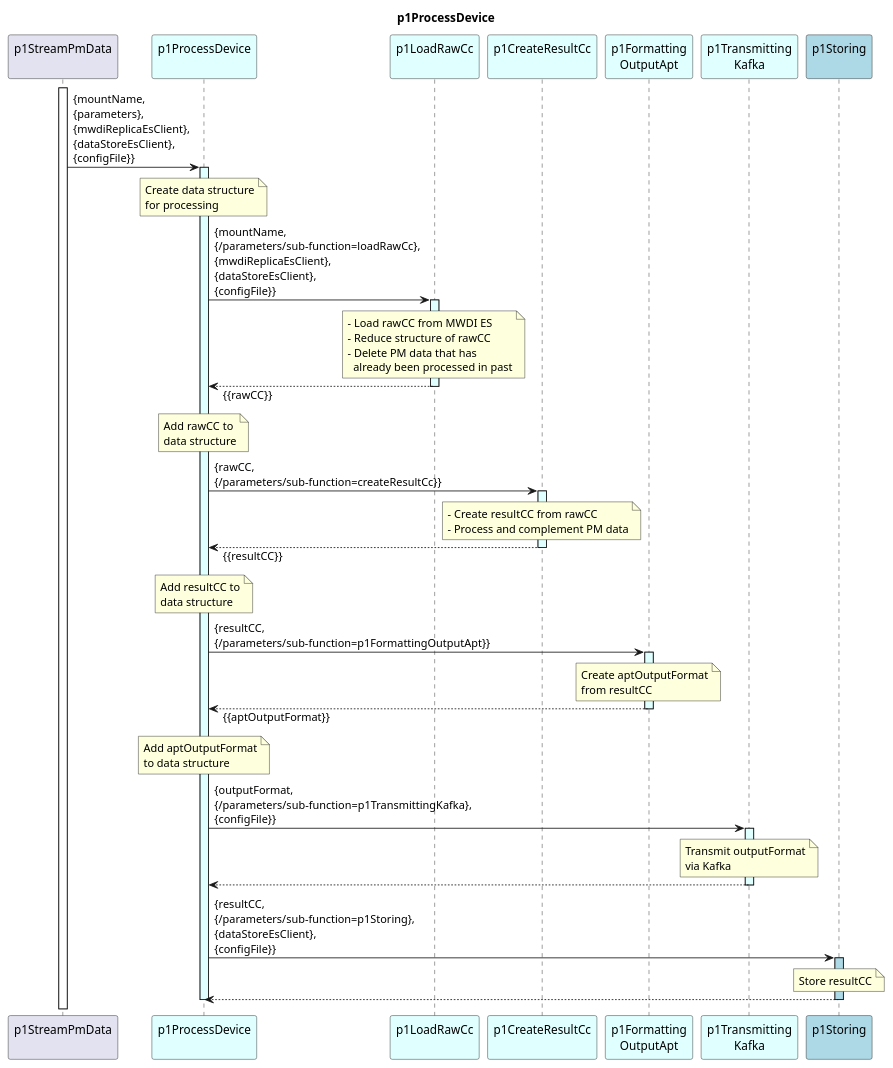
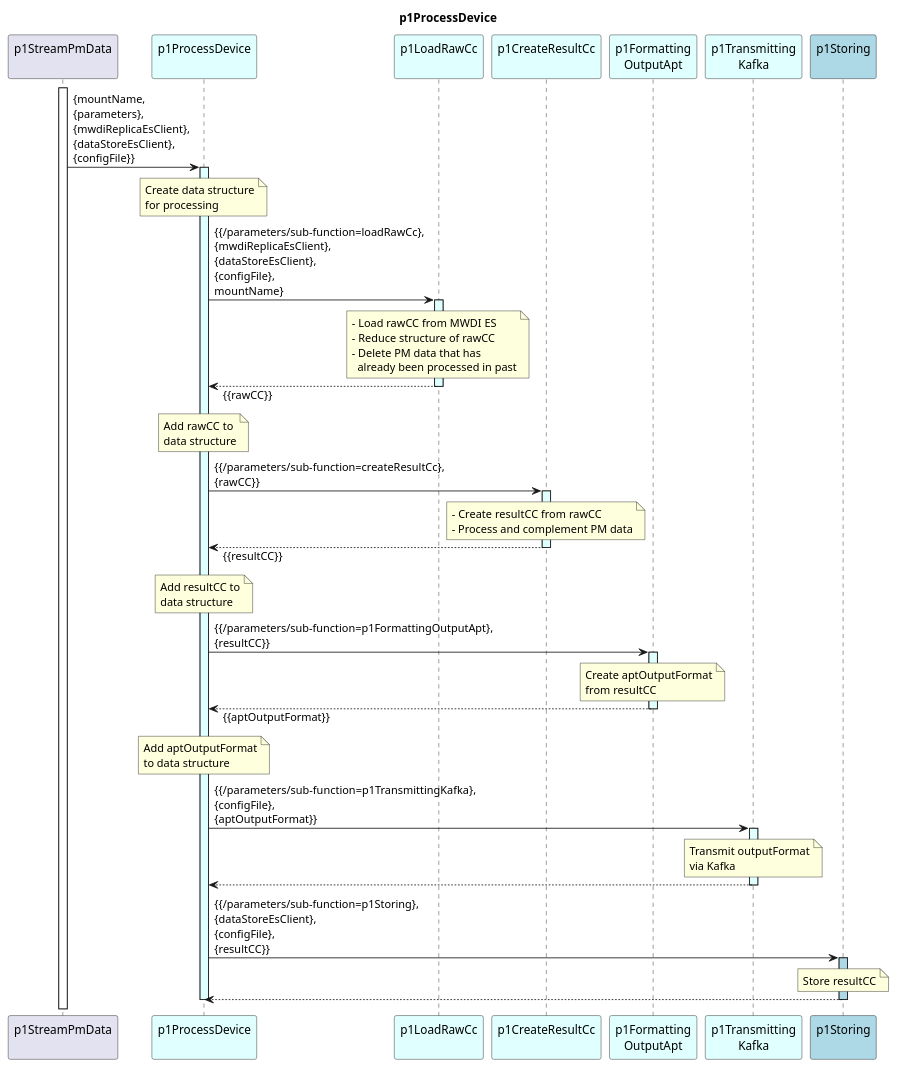
One commit to openBackhaul/DevicePerformanceManagementDataProcessor changed the diagram in spec/Functions/specificFunctions/p1StreamPmData/p1ProcessDevice/1.0.0/p1ProcessDevice.plantuml. Above: the diagram before and after it, drawn with PlantUML. The commit also changed 4 other files, not shown here.

Commit message:
Define variables.yaml in p1CreateResultCc

```diff
--- a/spec/Functions/specificFunctions/p1StreamPmData/p1ProcessDevice/1.0.0/p1ProcessDevice.plantuml
+++ b/spec/Functions/specificFunctions/p1StreamPmData/p1ProcessDevice/1.0.0/p1ProcessDevice.plantuml
@@ -1,100 +1,100 @@
 @startuml p1ProcessDevice
 skinparam responseMessageBelowArrow true
 
 title
   p1ProcessDevice
 end title
 
 participant "p1StreamPmData\n" as requestor
 participant "p1ProcessDevice\n" as p1ProOrch #LightCyan
 participant "p1LoadRawCc\n" as p1AddRaw #LightCyan
 participant "p1CreateResultCc\n" as p1CRC #LightCyan
 participant "p1Formatting\nOutputApt" as p1Output #LightCyan
 participant "p1Transmitting\nKafka" as p1Trans #LightCyan
 participant "p1Storing\n" as p1Store #LightBlue
 
 
 activate requestor
 
 requestor -> p1ProOrch : {mountName,\n{parameters},\n{mwdiReplicaEsClient},\n{dataStoreEsClient},\n{configFile}}
 activate p1ProOrch #LightCyan
 
   note over p1ProOrch
     Create data structure
     for processing
   end note
 
-  p1ProOrch -> p1AddRaw : {mountName,\n{/parameters/sub-function=loadRawCc},\n{mwdiReplicaEsClient},\n{dataStoreEsClient},\n{configFile}}
+  p1ProOrch -> p1AddRaw : {{/parameters/sub-function=loadRawCc},\n{mwdiReplicaEsClient},\n{dataStoreEsClient},\n{configFile},\nmountName}
   activate p1AddRaw #LightCyan
 
     note over p1AddRaw
       - Load rawCC from MWDI ES
       - Reduce structure of rawCC
       - Delete PM data that has
         already been processed in past
     end note
 
   p1ProOrch <-- p1AddRaw : {{rawCC}}
   deactivate p1AddRaw
 
   note over p1ProOrch
     Add rawCC to
     data structure
   end note
 
-  p1ProOrch -> p1CRC : {rawCC,\n{/parameters/sub-function=createResultCc}}
+  p1ProOrch -> p1CRC : {{/parameters/sub-function=createResultCc},\n{rawCC}}
   activate p1CRC #LightCyan
 
     note over p1CRC
       - Create resultCC from rawCC
       - Process and complement PM data
     end note
 
   p1ProOrch <-- p1CRC : {{resultCC}}
   deactivate p1CRC
 
   note over p1ProOrch
     Add resultCC to
     data structure
   end note
 
-  p1ProOrch -> p1Output : {resultCC,\n{/parameters/sub-function=p1FormattingOutputApt}}
+  p1ProOrch -> p1Output : {{/parameters/sub-function=p1FormattingOutputApt},\n{resultCC}}
   activate p1Output #LightCyan
 
     note over p1Output
       Create aptOutputFormat
       from resultCC
     end note
 
   p1ProOrch <-- p1Output : {{aptOutputFormat}}
   deactivate p1Output
 
   note over p1ProOrch
     Add aptOutputFormat
     to data structure
   end note
 
-  p1ProOrch -> p1Trans : {outputFormat,\n{/parameters/sub-function=p1TransmittingKafka},\n{configFile}}
+  p1ProOrch -> p1Trans : {{/parameters/sub-function=p1TransmittingKafka},\n{configFile},\n{aptOutputFormat}}
   activate p1Trans #LightCyan
 
     note over p1Trans
       Transmit outputFormat
       via Kafka
     end note
 
   p1ProOrch <-- p1Trans
   deactivate p1Trans
 
-  p1ProOrch -> p1Store : {resultCC,\n{/parameters/sub-function=p1Storing},\n{dataStoreEsClient},\n{configFile}}
+  p1ProOrch -> p1Store : {{/parameters/sub-function=p1Storing},\n{dataStoreEsClient},\n{configFile},\n{resultCC}}
   activate p1Store #LightBlue
 
     note over p1Store
       Store resultCC
     end note
 
   p1ProOrch <-- p1Store
   deactivate p1Store
 
 deactivate p1ProOrch
 
 @enduml
```
